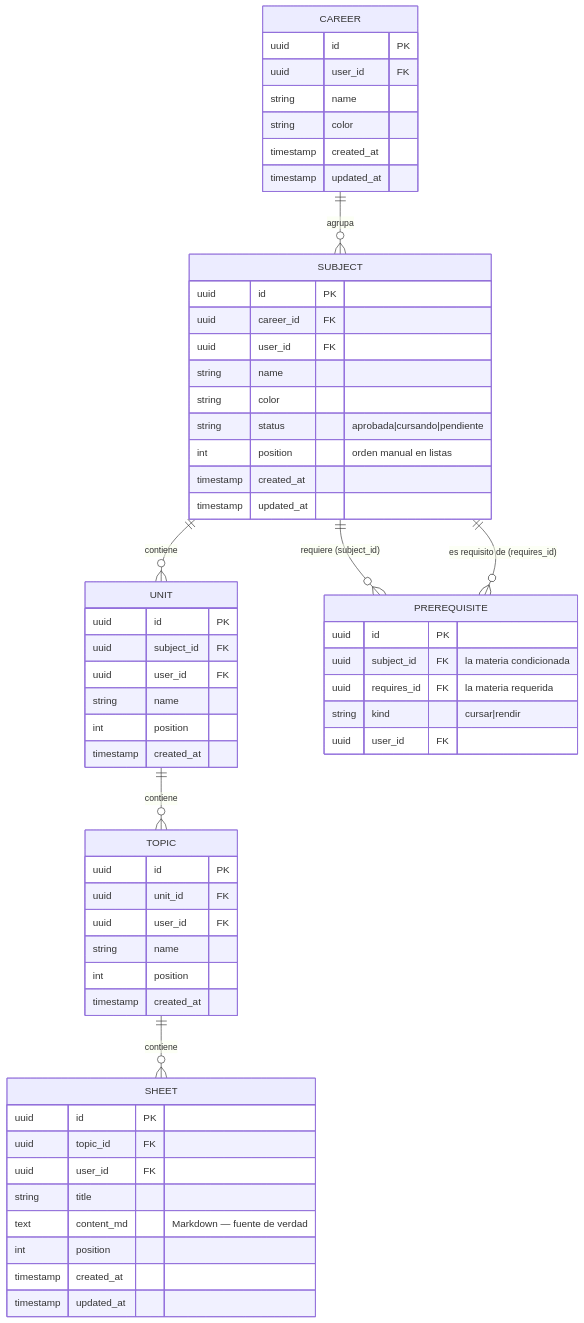
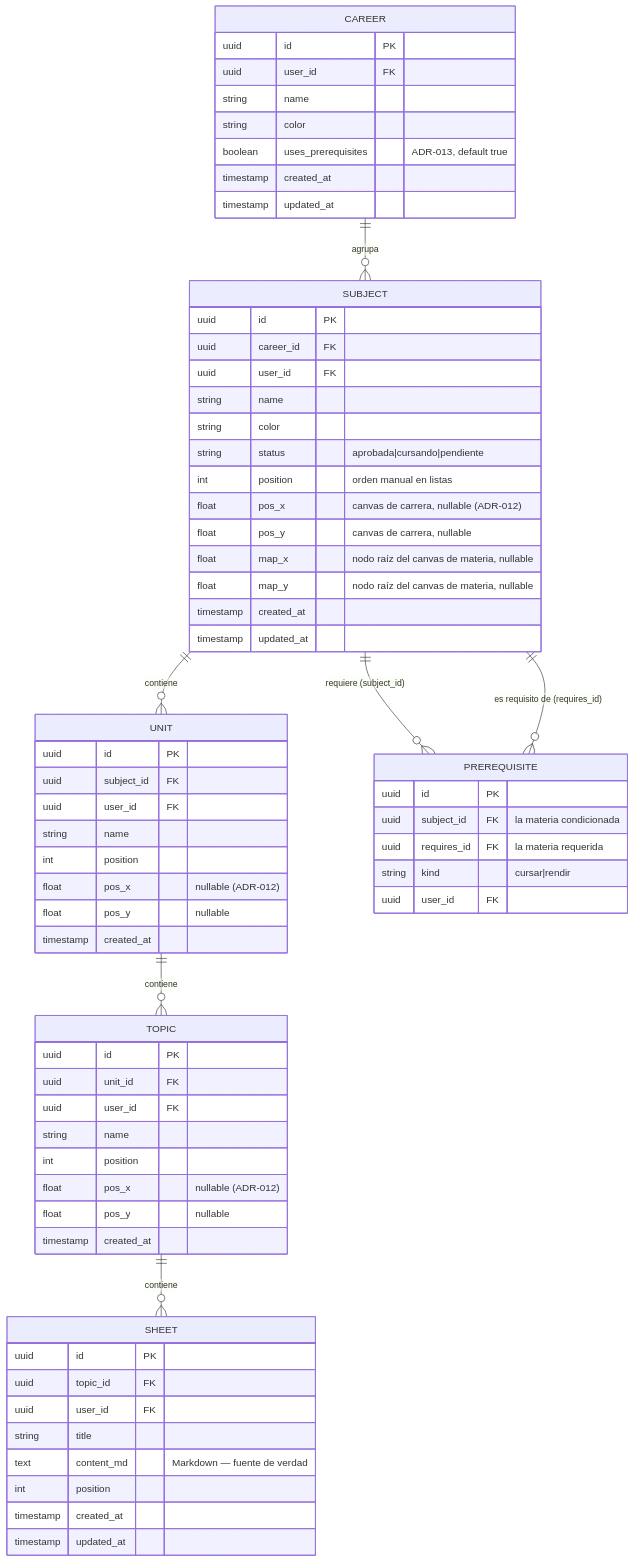
Before and after one commit to Code7C26/Studree: the diagram in docs/DB_SCHEMA.md, drawn with Mermaid. The commit also changed other lines of this file and 43 other files, not shown here.

````diff
--- a/docs/DB_SCHEMA.md
+++ b/docs/DB_SCHEMA.md
@@ -30,62 +30,71 @@
 ```mermaid
 erDiagram
     CAREER ||--o{ SUBJECT : agrupa
     SUBJECT ||--o{ UNIT : contiene
     UNIT ||--o{ TOPIC : contiene
     TOPIC ||--o{ SHEET : contiene
     SUBJECT ||--o{ PREREQUISITE : "requiere (subject_id)"
     SUBJECT ||--o{ PREREQUISITE : "es requisito de (requires_id)"
 
     CAREER {
         uuid id PK
         uuid user_id FK
         string name
         string color
+        boolean uses_prerequisites "ADR-013, default true"
         timestamp created_at
         timestamp updated_at
     }
     SUBJECT {
         uuid id PK
         uuid career_id FK
         uuid user_id FK
         string name
         string color
         string status "aprobada|cursando|pendiente"
         int position "orden manual en listas"
+        float pos_x "canvas de carrera, nullable (ADR-012)"
+        float pos_y "canvas de carrera, nullable"
+        float map_x "nodo raíz del canvas de materia, nullable"
+        float map_y "nodo raíz del canvas de materia, nullable"
         timestamp created_at
         timestamp updated_at
     }
     PREREQUISITE {
         uuid id PK
         uuid subject_id FK "la materia condicionada"
         uuid requires_id FK "la materia requerida"
         string kind "cursar|rendir"
         uuid user_id FK
     }
     UNIT {
         uuid id PK
         uuid subject_id FK
         uuid user_id FK
         string name
         int position
+        float pos_x "nullable (ADR-012)"
+        float pos_y "nullable"
         timestamp created_at
     }
     TOPIC {
         uuid id PK
         uuid unit_id FK
         uuid user_id FK
         string name
         int position
+        float pos_x "nullable (ADR-012)"
+        float pos_y "nullable"
         timestamp created_at
     }
     SHEET {
         uuid id PK
         uuid topic_id FK
         uuid user_id FK
         string title
         text content_md "Markdown — fuente de verdad"
         int position
         timestamp created_at
         timestamp updated_at
     }
 ```
````
